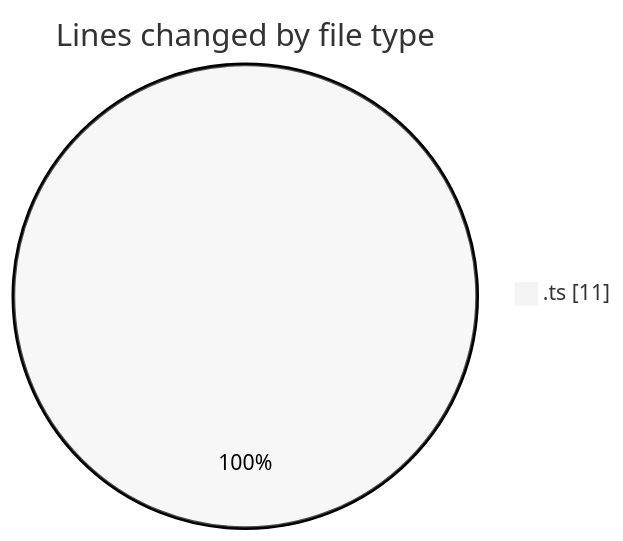
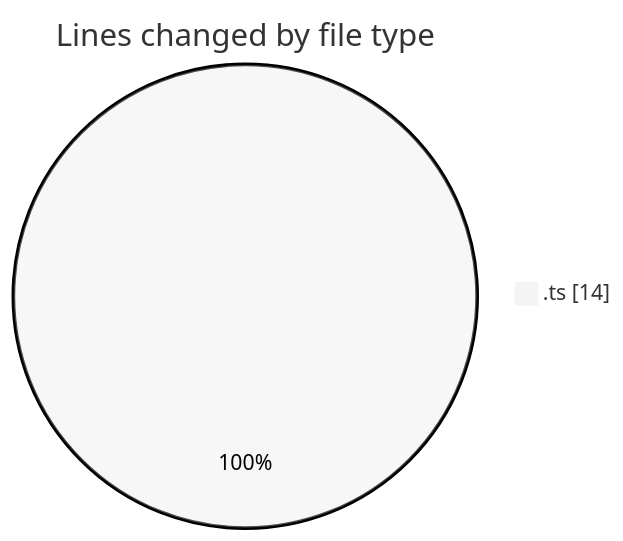
One commit to momahboobian/code-tracking changed the first of 2 diagrams in 2025-08-01/cda/README.md. Above: the diagram before and after it, drawn with Mermaid (neutral theme). The commit also changed other lines of this file and 1 other file, not shown here.

````diff
--- a/2025-08-01/cda/README.md
+++ b/2025-08-01/cda/README.md
@@ -20,5 +20,5 @@
 ```mermaid
 pie showData
 title Lines changed by file type
-".ts" : 11
+".ts" : 14
 ```
````
